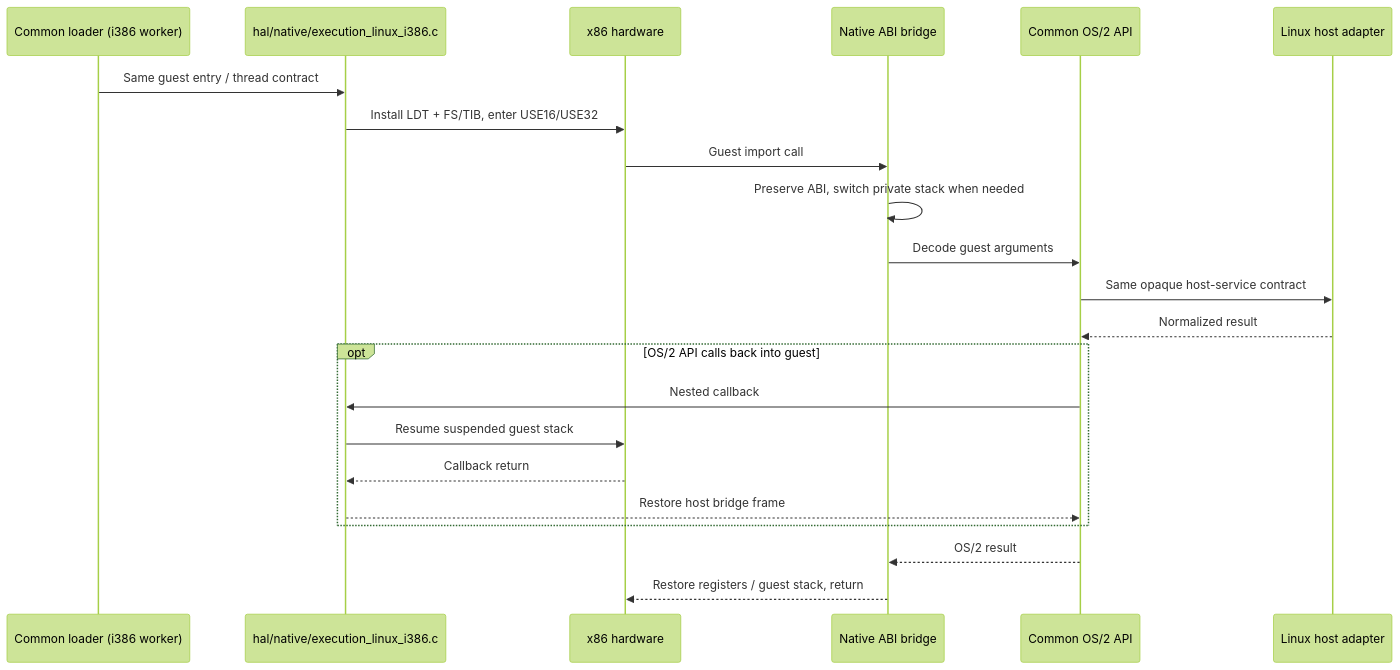
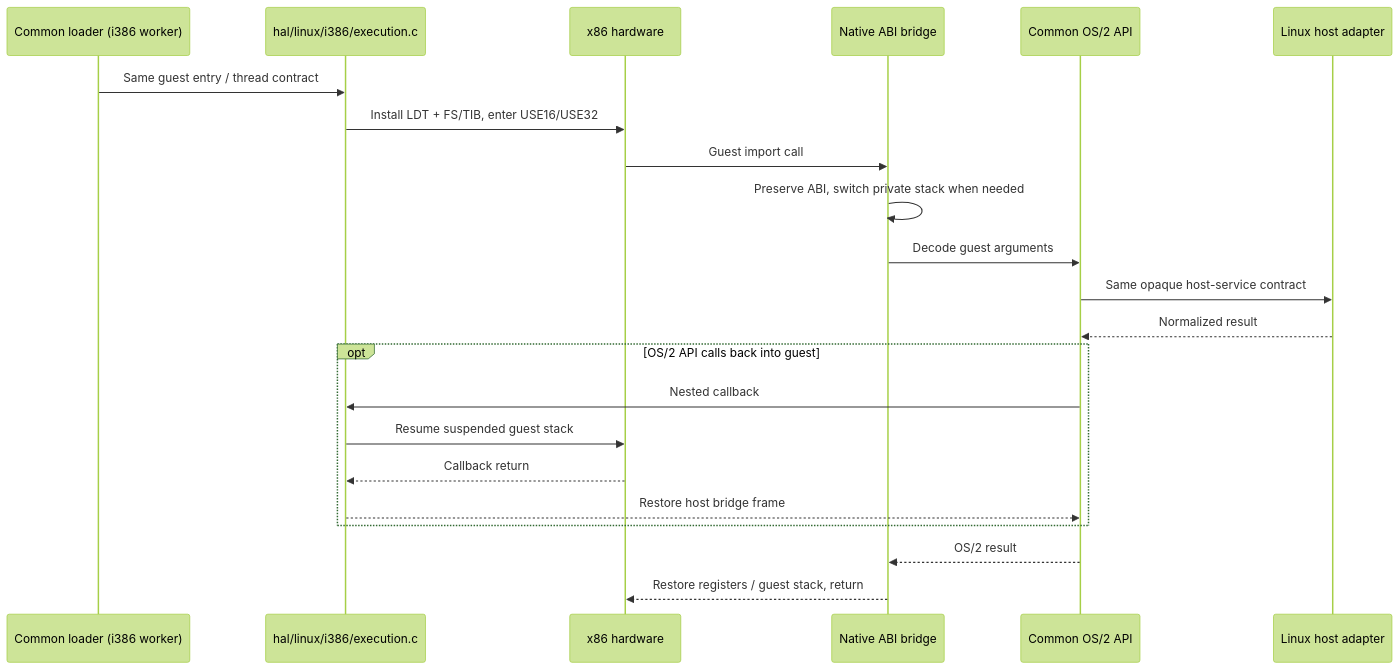
One commit to bitwisecook/2ine changed the fifth of 9 diagrams in docs/architecture.md. Above: the diagram before and after it, drawn with Mermaid (forest theme). The commit also changed other lines of this file and 46 other files, not shown here.

````diff
--- a/docs/architecture.md
+++ b/docs/architecture.md
@@ -116,24 +118,24 @@
 ```mermaid
 sequenceDiagram
     participant Loader as Common loader (i386 worker)
-    participant Exec as hal/native/execution_linux_i386.c
+    participant Exec as hal/linux/i386/execution.c
     participant CPU as x86 hardware
     participant Bridge as Native ABI bridge
     participant API as Common OS/2 API
     participant Host as Linux host adapter
     Loader->>Exec: Same guest entry / thread contract
     Exec->>CPU: Install LDT + FS/TIB, enter USE16/USE32
     CPU->>Bridge: Guest import call
     Bridge->>Bridge: Preserve ABI, switch private stack when needed
     Bridge->>API: Decode guest arguments
     API->>Host: Same opaque host-service contract
     Host-->>API: Normalized result
     opt OS/2 API calls back into guest
         API->>Exec: Nested callback
         Exec->>CPU: Resume suspended guest stack
         CPU-->>Exec: Callback return
         Exec-->>API: Restore host bridge frame
     end
     API-->>Bridge: OS/2 result
     Bridge-->>CPU: Restore registers / guest stack, return
 ```
````
